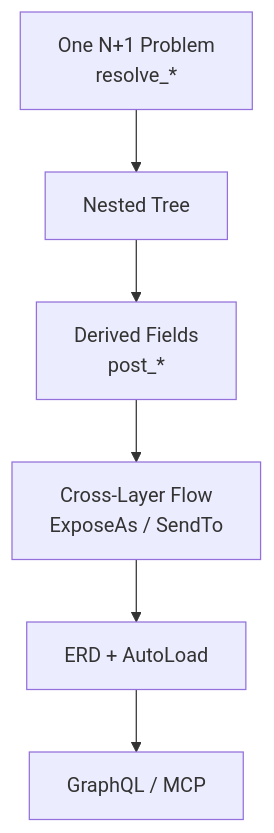
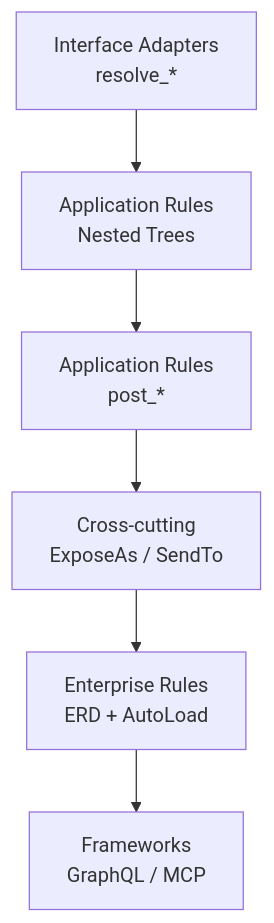
The first of 2 diagrams in docs/index.md (allmonday/pydantic-resolve), drawn with Mermaid before and after one commit. The commit also changed other lines of this file and 17 other files, not shown here.

First line of the commit message:
Refactor documentation to emphasize Clean Architecture principles

````diff
--- a/docs/index.md
+++ b/docs/index.md
@@ -31,8 +43,8 @@
 ```mermaid
 flowchart TB
-    a["One N+1 Problem<br/>resolve_*"] --> b["Nested Tree"]
-    b --> c["Derived Fields<br/>post_*"]
-    c --> d["Cross-Layer Flow<br/>ExposeAs / SendTo"]
-    d --> e["ERD + AutoLoad"]
-    e --> f["GraphQL / MCP"]
+    a["Interface Adapters<br/>resolve_*"] --> b["Application Rules<br/>Nested Trees"]
+    b --> c["Application Rules<br/>post_*"]
+    c --> d["Cross-cutting<br/>ExposeAs / SendTo"]
+    d --> e["Enterprise Rules<br/>ERD + AutoLoad"]
+    e --> f["Frameworks<br/>GraphQL / MCP"]
 ```
````
